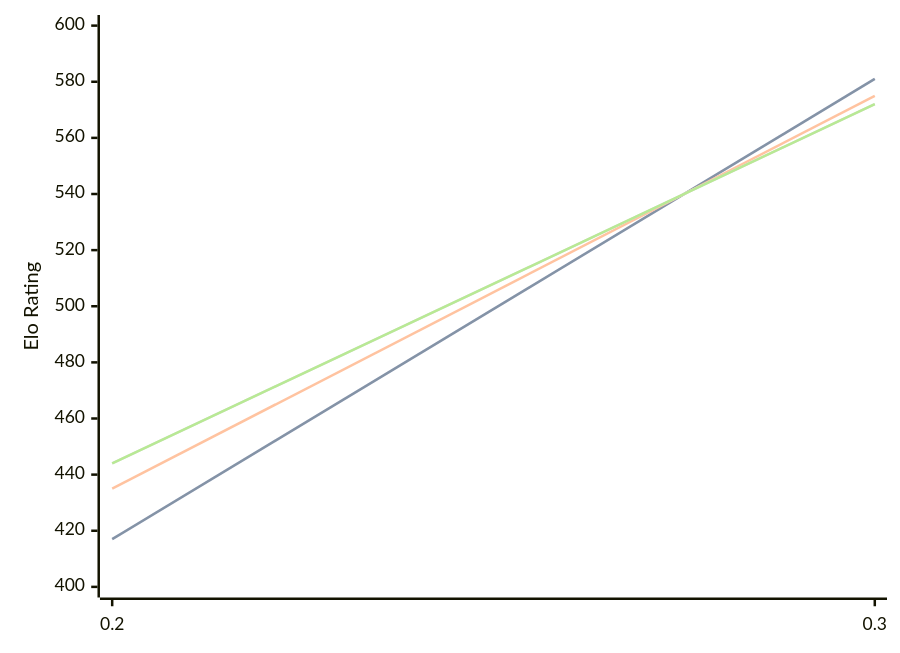
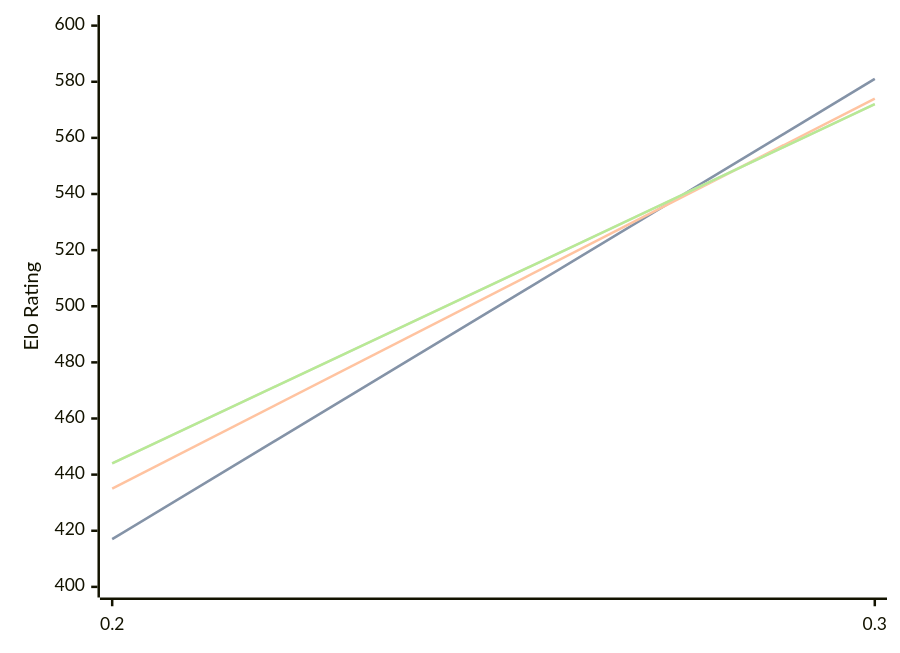
Before and after one commit to computer-chess-index/cci: the diagram in engines/Magpie.md, drawn with Mermaid. The commit also changed other lines of this file, not shown here.

````diff
--- a/engines/Magpie.md
+++ b/engines/Magpie.md
@@ -32,11 +32,11 @@
 ```mermaid
 %%{init: {"theme":"base","themeVariables":{"seriesColors:['#a3a3a3','#222221','#faa371']}}}%%
 xychart-beta
   x-axis ["0.2", "0.3"]
   y-axis "Elo Rating" 400 --> 600
   line "" [417, 581]
   line "STC (8.0+0.08s)" [417, 581]
-  line "LTC (60.0+0.60s)" [435, 575]
+  line "LTC (60.0+0.60s)" [435, 574]
   line "" [444, 572]
   line "VLTC (2m24s+1.12s)" [444, 572]
 ```
````
